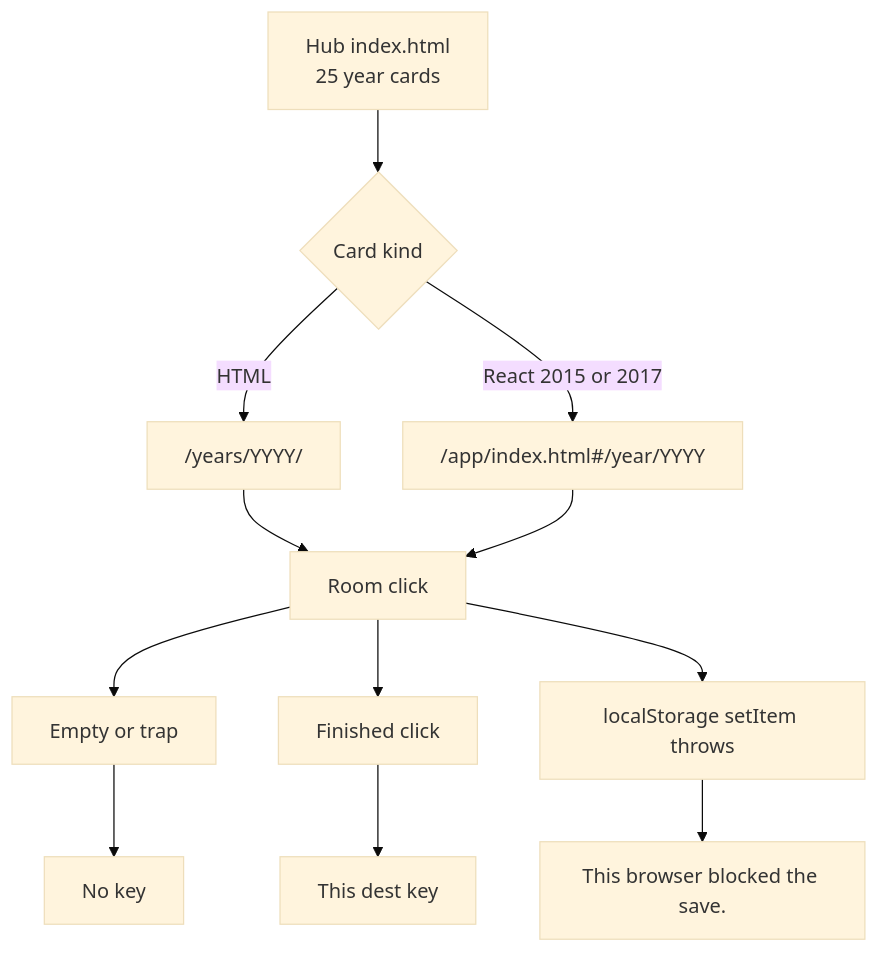
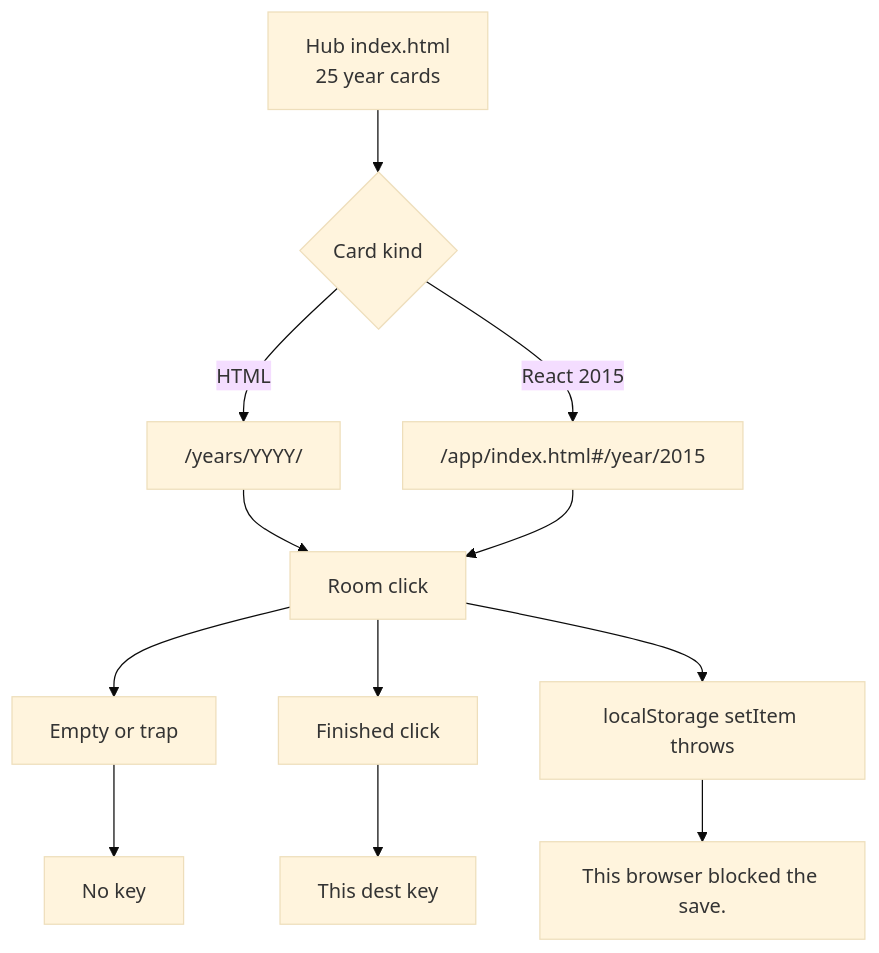
Before and after one commit to sourabhligade/internet-through-time: the first of 5 diagrams in docs/FLOW-CHECK-DIAGRAM.md, drawn with Mermaid (base theme). The commit also changed 61 other files, not shown here.

````diff
--- a/docs/FLOW-CHECK-DIAGRAM.md
+++ b/docs/FLOW-CHECK-DIAGRAM.md
@@ -21,14 +21,14 @@
 ```mermaid
 flowchart TD
  HUB["Hub index.html<br/>25 year cards"] --> KIND{"Card kind"}
  KIND -->|HTML| YEAR["/years/YYYY/"]
- KIND -->|React 2015 or 2017| REACT["/app/index.html#/year/YYYY"]
+ KIND -->|React 2015| REACT["/app/index.html#/year/2015"]
  YEAR --> ROOM["Room click"]
  REACT --> ROOM
  ROOM --> EMPTY["Empty or trap"]
  ROOM --> DONE["Finished click"]
  ROOM --> BLOCK["localStorage setItem throws"]
  EMPTY --> NOKEY["No key"]
  DONE --> KEY["This dest key"]
  BLOCK --> MSG["This browser blocked the save."]
 ```
````
